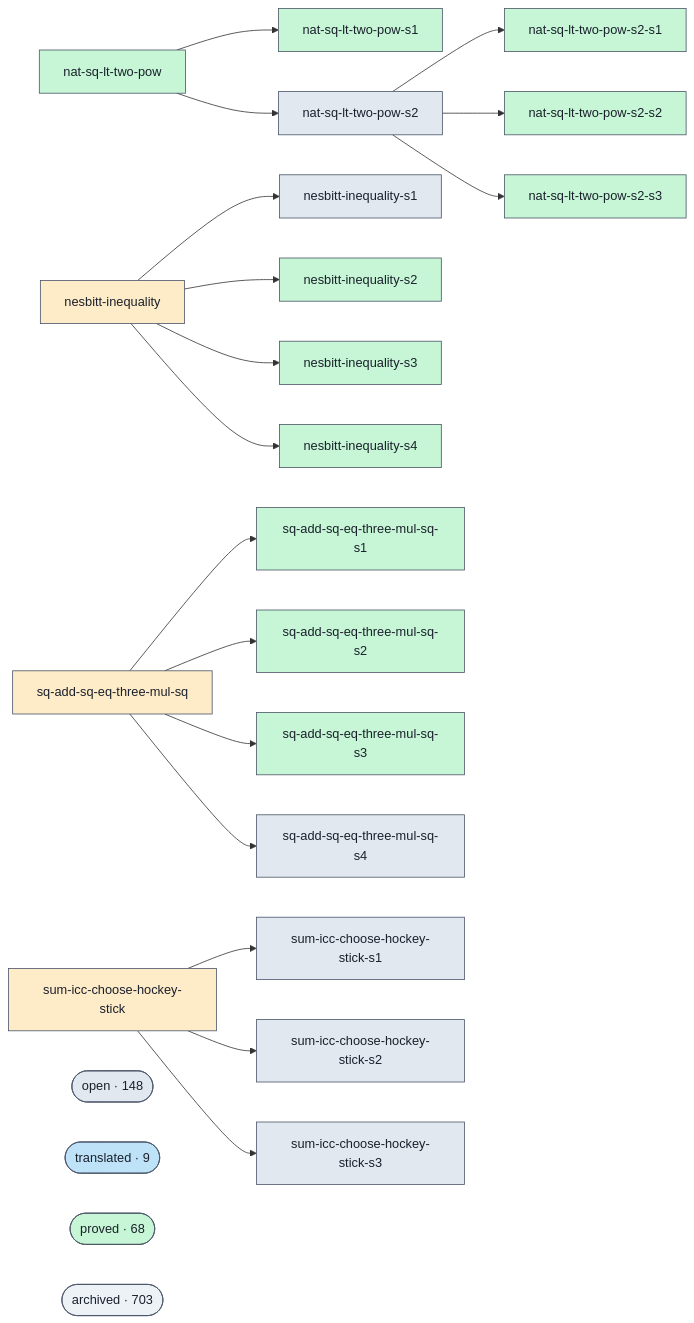
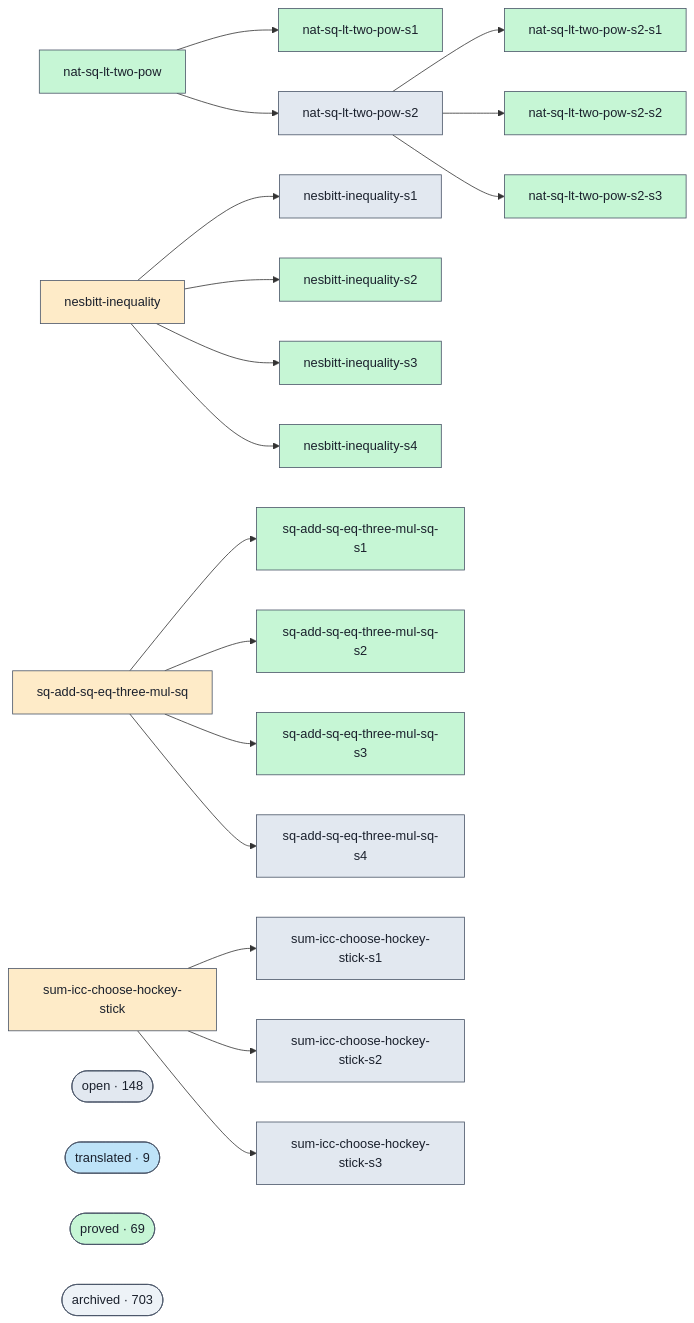
The diagram in docs/proofs-contributors-visualisation.md (Rauxon/unsorry), drawn with Mermaid before and after one commit. The commit also changed other lines of this file and 2 other files, not shown here.

```diff
--- a/docs/proofs-contributors-visualisation.md
+++ b/docs/proofs-contributors-visualisation.md
@@ -102,7 +102,7 @@
   class cluster_open open;
   cluster_translated(["translated · 9"])
   class cluster_translated translated;
-  cluster_proved(["proved · 68"])
+  cluster_proved(["proved · 69"])
   class cluster_proved proved;
   cluster_archived(["archived · 703"])
   class cluster_archived unknown;
```
